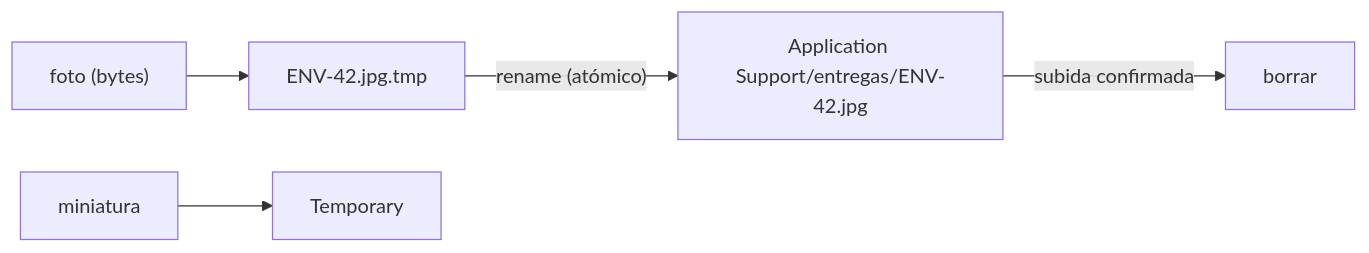
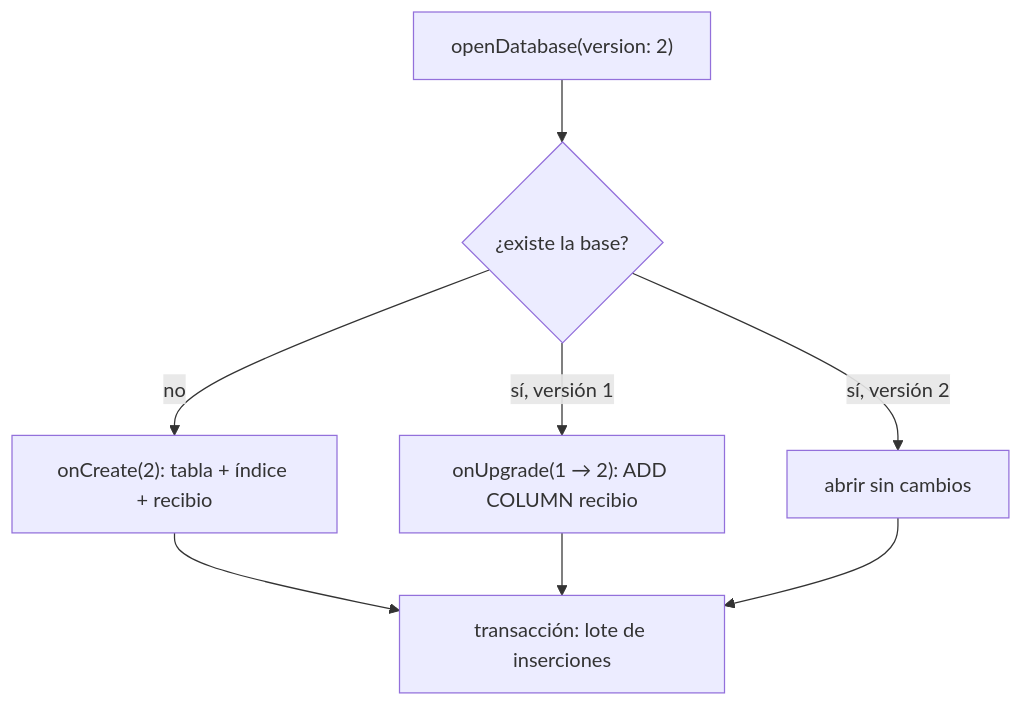
One commit to NICORUIZ93/The_Imperial_Book changed the second of 5 diagrams in web/public/content/flutter/modulo-6.md. Above: the diagram before and after it, drawn with Mermaid. The commit also changed other lines of this file and 6 other files, not shown here.

````diff
--- a/web/public/content/flutter/modulo-6.md
+++ b/web/public/content/flutter/modulo-6.md
@@ -493,7 +484,10 @@
 ```mermaid
-flowchart LR
-    F["foto (bytes)"] --> T["ENV-42.jpg.tmp"]
-    T -->|"rename (atómico)"| A["Application Support/entregas/ENV-42.jpg"]
-    A -->|"subida confirmada"| B["borrar"]
-    M["miniatura"] --> C["Temporary"]
+flowchart TD
+    A["openDatabase(version: 2)"] --> B{"¿existe la base?"}
+    B -->|no| C["onCreate(2): tabla + índice + recibio"]
+    B -->|"sí, versión 1"| D["onUpgrade(1 → 2): ADD COLUMN recibio"]
+    B -->|"sí, versión 2"| E["abrir sin cambios"]
+    C --> F["transacción: lote de inserciones"]
+    D --> F
+    E --> F
 ```
````
